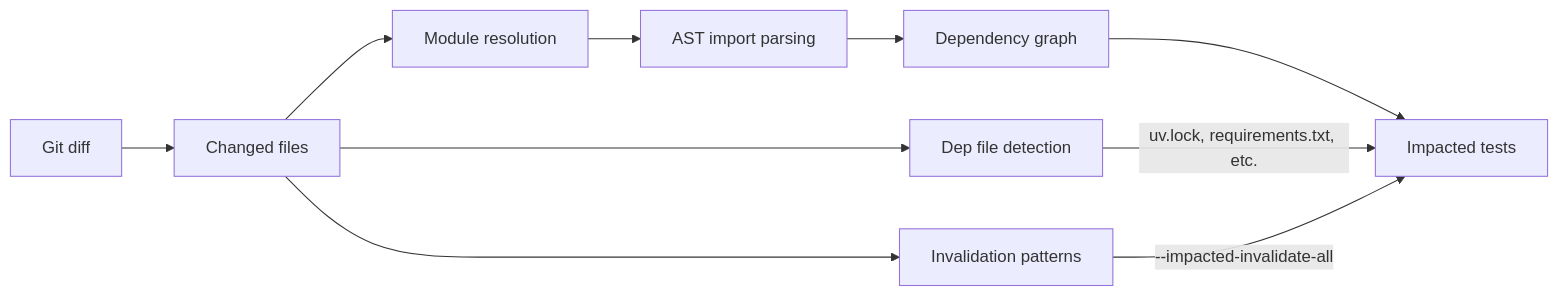
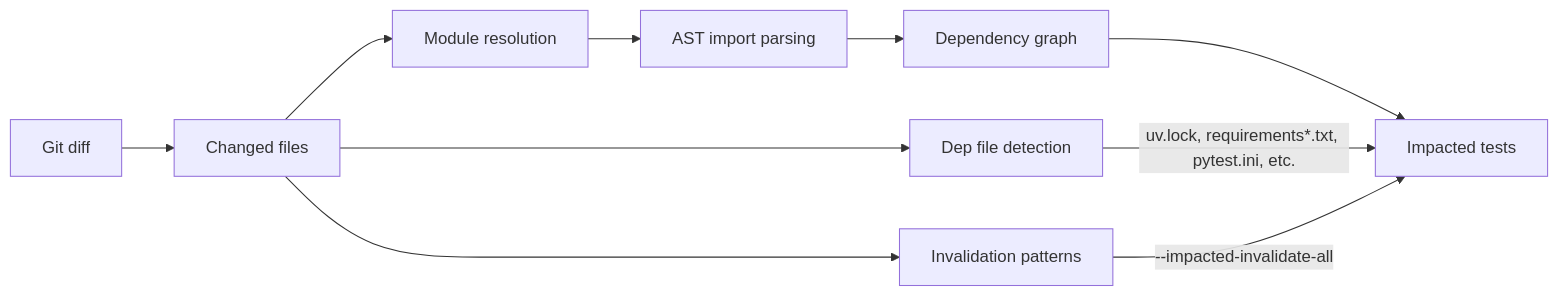
One commit to promptromp/pytest-impacted changed the diagram in docs/usage.md. Above: the diagram before and after it, drawn with Mermaid. The commit also changed other lines of this file and 8 other files, not shown here.

First line of the commit message:
fix: treat pytest.ini, tox.ini and requirements variants as dependency files (#78)

````diff
--- a/docs/usage.md
+++ b/docs/usage.md
@@ -281,12 +282,12 @@
 ```mermaid
 graph LR
     A[Git diff] --> B[Changed files]
     B --> C[Module resolution]
     C --> D[AST import parsing]
     D --> E[Dependency graph]
     E --> G[Impacted tests]
     B --> F[Dep file detection]
-    F -->|uv.lock, requirements.txt, etc.| G
+    F -->|uv.lock, requirements*.txt, pytest.ini, etc.| G
     B --> H[Invalidation patterns]
     H -->|--impacted-invalidate-all| G
 ```
````
